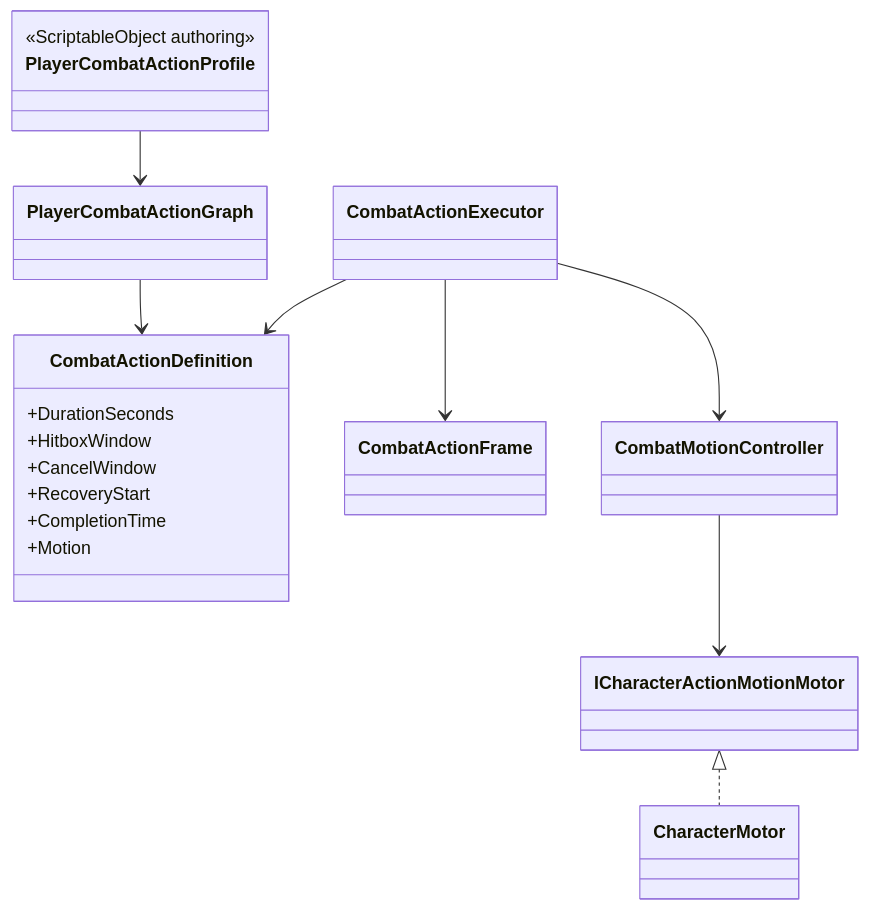
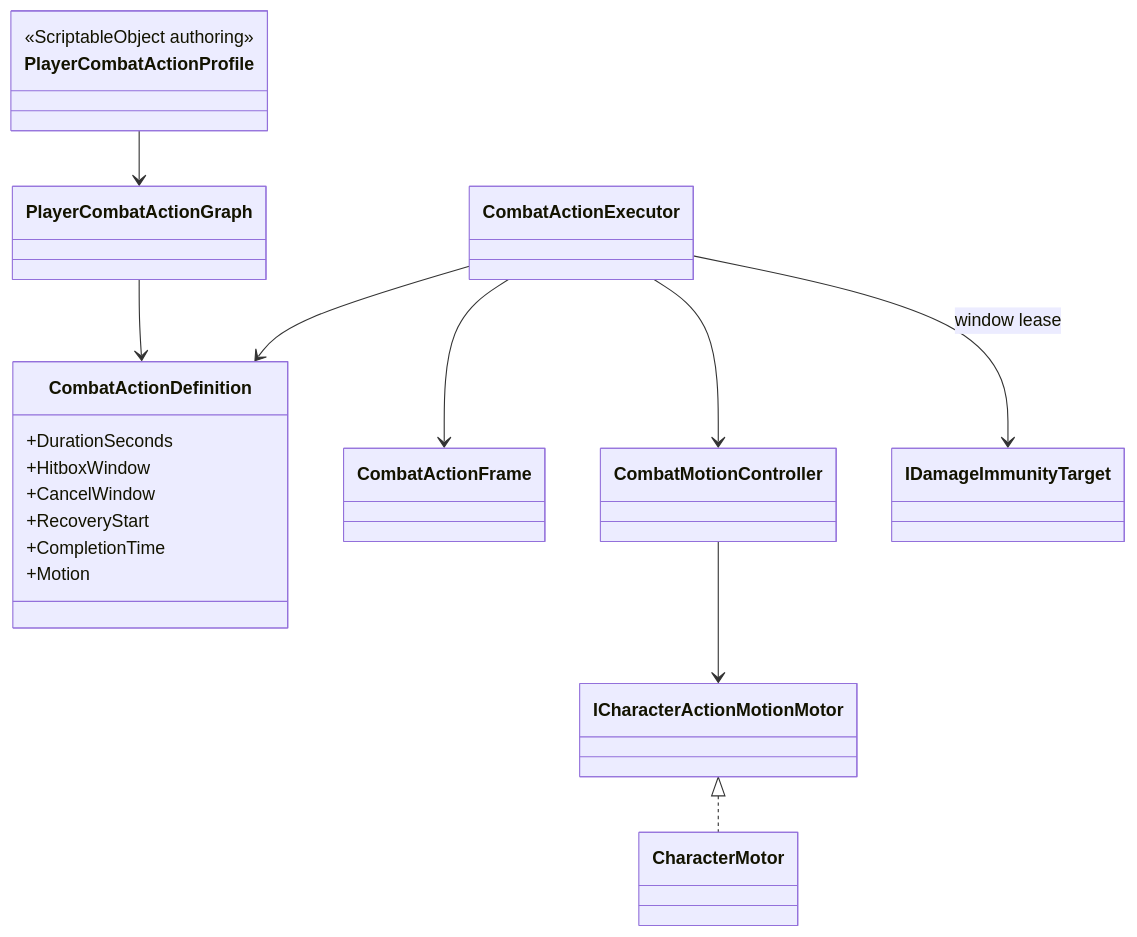
The diagram in Assets/_App/Core/Runtime/Combat/Actions/README.md (MaximFonariuc/project-s), drawn with Mermaid before and after one commit. The commit also changed other lines of this file and 18 other files, not shown here.

````diff
--- a/Assets/_App/Core/Runtime/Combat/Actions/README.md
+++ b/Assets/_App/Core/Runtime/Combat/Actions/README.md
@@ -5,28 +5,30 @@
 ```mermaid
 classDiagram
     class PlayerCombatActionProfile {
         <<ScriptableObject authoring>>
     }
     class PlayerCombatActionGraph
     class CombatActionDefinition {
         +DurationSeconds
         +HitboxWindow
         +CancelWindow
         +RecoveryStart
         +CompletionTime
         +Motion
     }
     class CombatActionExecutor
     class CombatActionFrame
     class CombatMotionController
+    class IDamageImmunityTarget
     class ICharacterActionMotionMotor
     class CharacterMotor
 
     PlayerCombatActionProfile --> PlayerCombatActionGraph
     PlayerCombatActionGraph --> CombatActionDefinition
     CombatActionExecutor --> CombatActionDefinition
     CombatActionExecutor --> CombatActionFrame
     CombatActionExecutor --> CombatMotionController
+    CombatActionExecutor --> IDamageImmunityTarget : window lease
     CombatMotionController --> ICharacterActionMotionMotor
     ICharacterActionMotionMotor <|.. CharacterMotor
 ```
````
